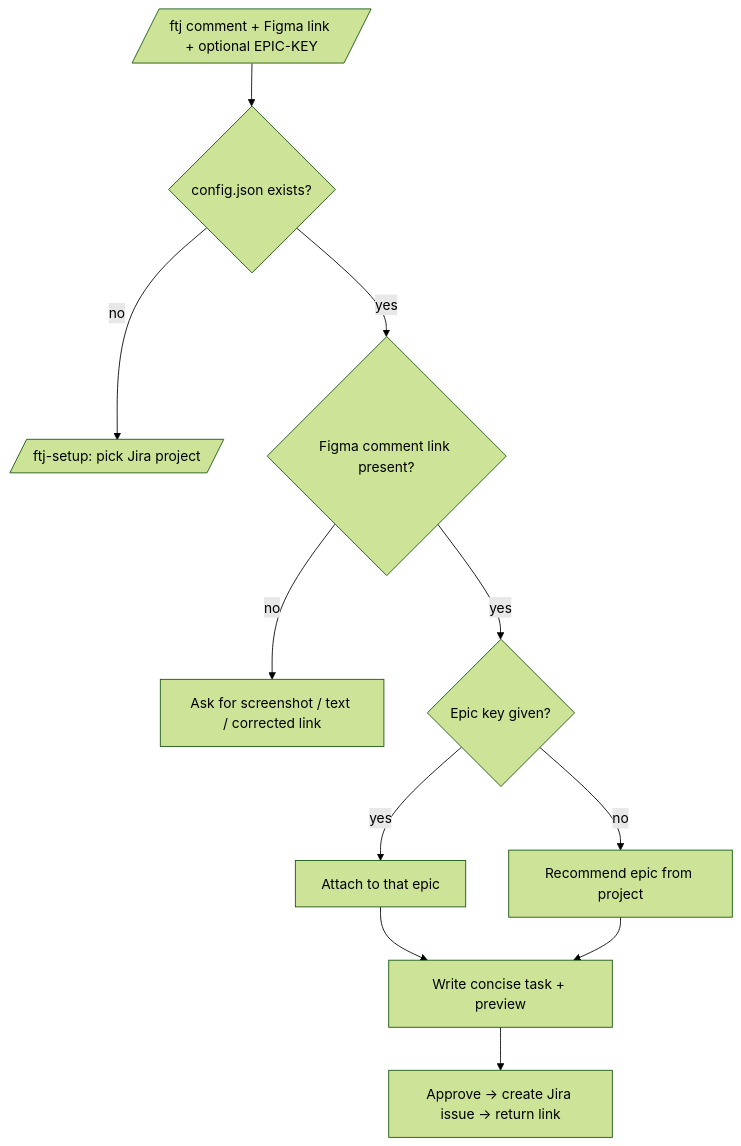
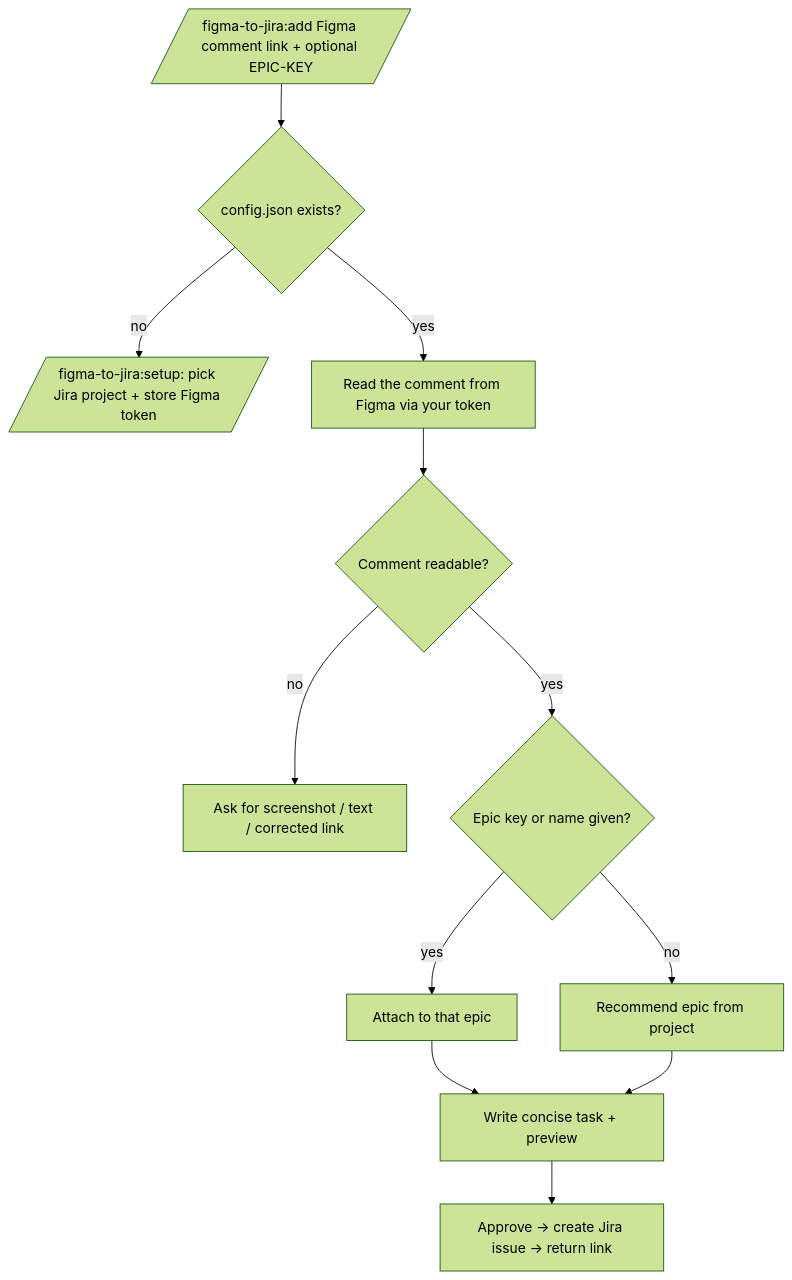
Before and after one commit to jkurczewski/figma-to-jira: the diagram in README.md, drawn with Mermaid (forest theme). The commit also changed other lines of this file and 6 other files, not shown here.

First line of the commit message:
feat: v0.2 — auto-read Figma comment, rename commands to add/setup, per-user Figma token

````diff
--- a/README.md
+++ b/README.md
@@ -13,13 +13,14 @@
 ```mermaid
 flowchart TD
-    A[/ftj comment + Figma link + optional EPIC-KEY/] --> B{config.json exists?}
-    B -- no --> S[/ftj-setup: pick Jira project/]
-    B -- yes --> C{Figma comment link present?}
-    C -- no --> D[Ask for screenshot / text / corrected link]
-    C -- yes --> E{Epic key given?}
-    E -- yes --> F[Attach to that epic]
-    E -- no --> G[Recommend epic from project]
-    F --> H[Write concise task + preview]
-    G --> H
-    H --> I[Approve → create Jira issue → return link]
+    A[/figma-to-jira:add Figma comment link + optional EPIC-KEY/] --> B{config.json exists?}
+    B -- no --> S[/figma-to-jira:setup: pick Jira project + store Figma token/]
+    B -- yes --> C[Read the comment from Figma via your token]
+    C --> D{Comment readable?}
+    D -- no --> E[Ask for screenshot / text / corrected link]
+    D -- yes --> F{Epic key or name given?}
+    F -- yes --> G[Attach to that epic]
+    F -- no --> H[Recommend epic from project]
+    G --> I[Write concise task + preview]
+    H --> I
+    I --> J[Approve → create Jira issue → return link]
 ```
````
